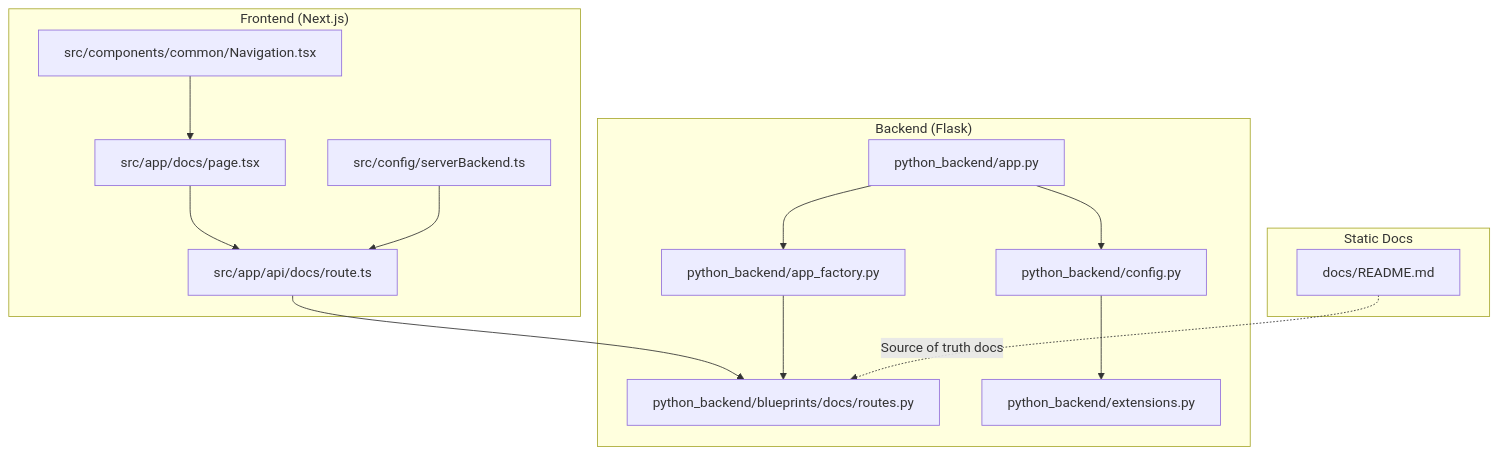
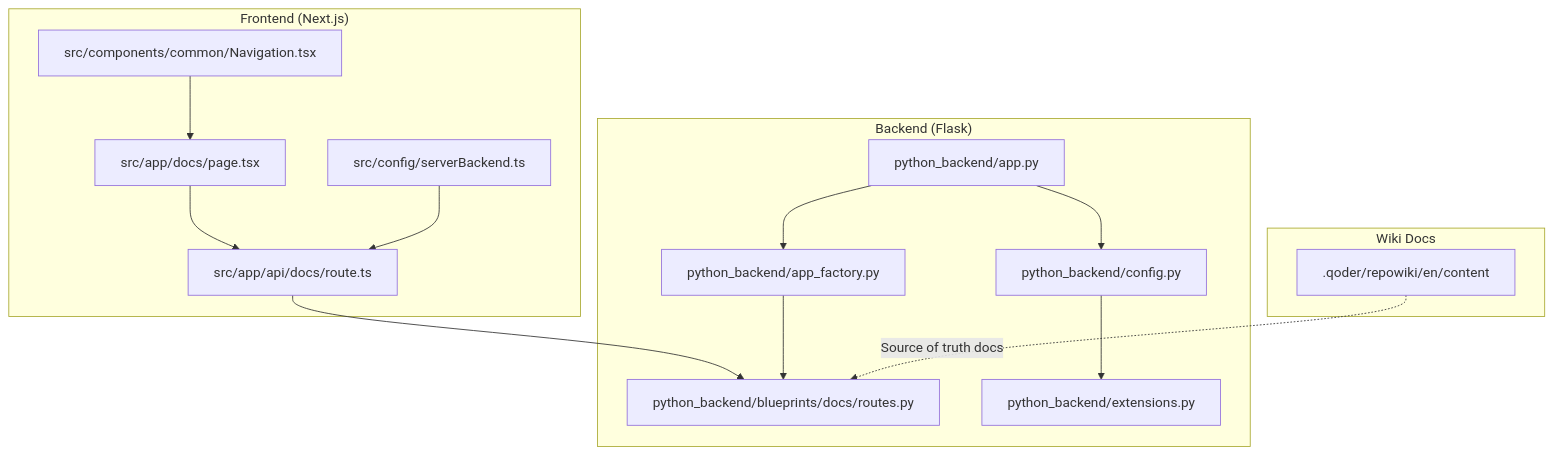
The first of 8 diagrams in .qoder/repowiki/en/content/Architecture and Design/Backend Architecture/Blueprint Organization/Docs Blueprint.md (ptnghia-j/ChordMiniApp), drawn with Mermaid before and after one commit. The commit also changed other lines of this file and 64 other files, not shown here.

````diff
--- a/.qoder/repowiki/en/content/Architecture and Design/Backend Architecture/Blueprint Organization/Docs Blueprint.md
+++ b/.qoder/repowiki/en/content/Architecture and Design/Backend Architecture/Blueprint Organization/Docs Blueprint.md
@@ -37,28 +36,28 @@
 ```mermaid
 graph TB
 subgraph "Frontend (Next.js)"
 FE_Docs_Page["src/app/docs/page.tsx"]
 FE_Docs_API["src/app/api/docs/route.ts"]
 FE_Nav["src/components/common/Navigation.tsx"]
 FE_Config["src/config/serverBackend.ts"]
 end
 subgraph "Backend (Flask)"
 BK_Docs_BP["python_backend/blueprints/docs/routes.py"]
 BK_App_Factory["python_backend/app_factory.py"]
 BK_Config["python_backend/config.py"]
 BK_Extensions["python_backend/extensions.py"]
 BK_App["python_backend/app.py"]
 end
-subgraph "Static Docs"
-SD_Readme["docs/README.md"]
+subgraph "Wiki Docs"
+Wiki_Docs[".qoder/repowiki/en/content"]
 end
 FE_Docs_API --> BK_Docs_BP
 FE_Docs_Page --> FE_Docs_API
 FE_Nav --> FE_Docs_Page
 FE_Config --> FE_Docs_API
 BK_App_Factory --> BK_Docs_BP
 BK_App --> BK_App_Factory
 BK_Config --> BK_Extensions
 BK_App --> BK_Config
-SD_Readme -. "Source of truth docs" .-> BK_Docs_BP
+Wiki_Docs -. "Source of truth docs" .-> BK_Docs_BP
 ```
````
